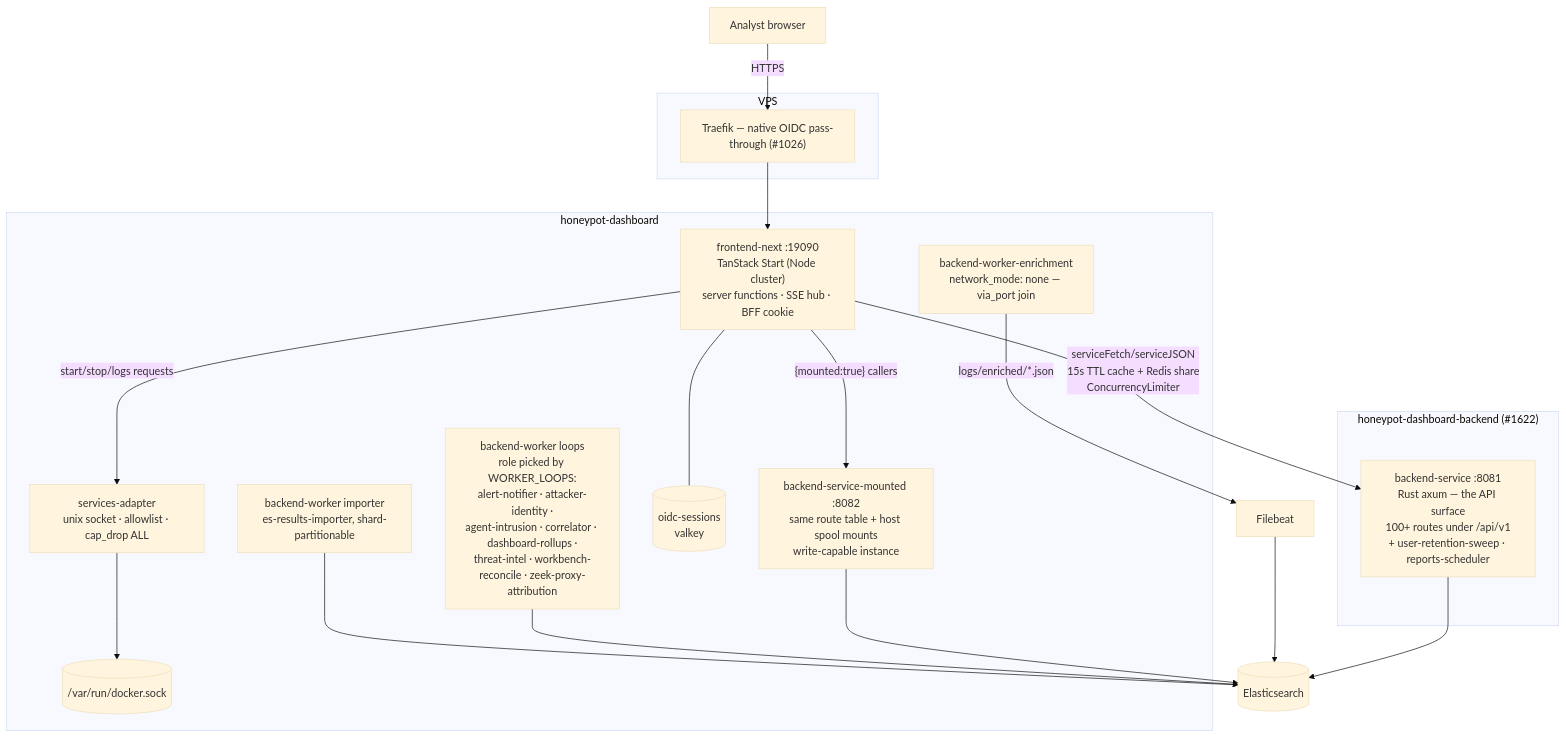
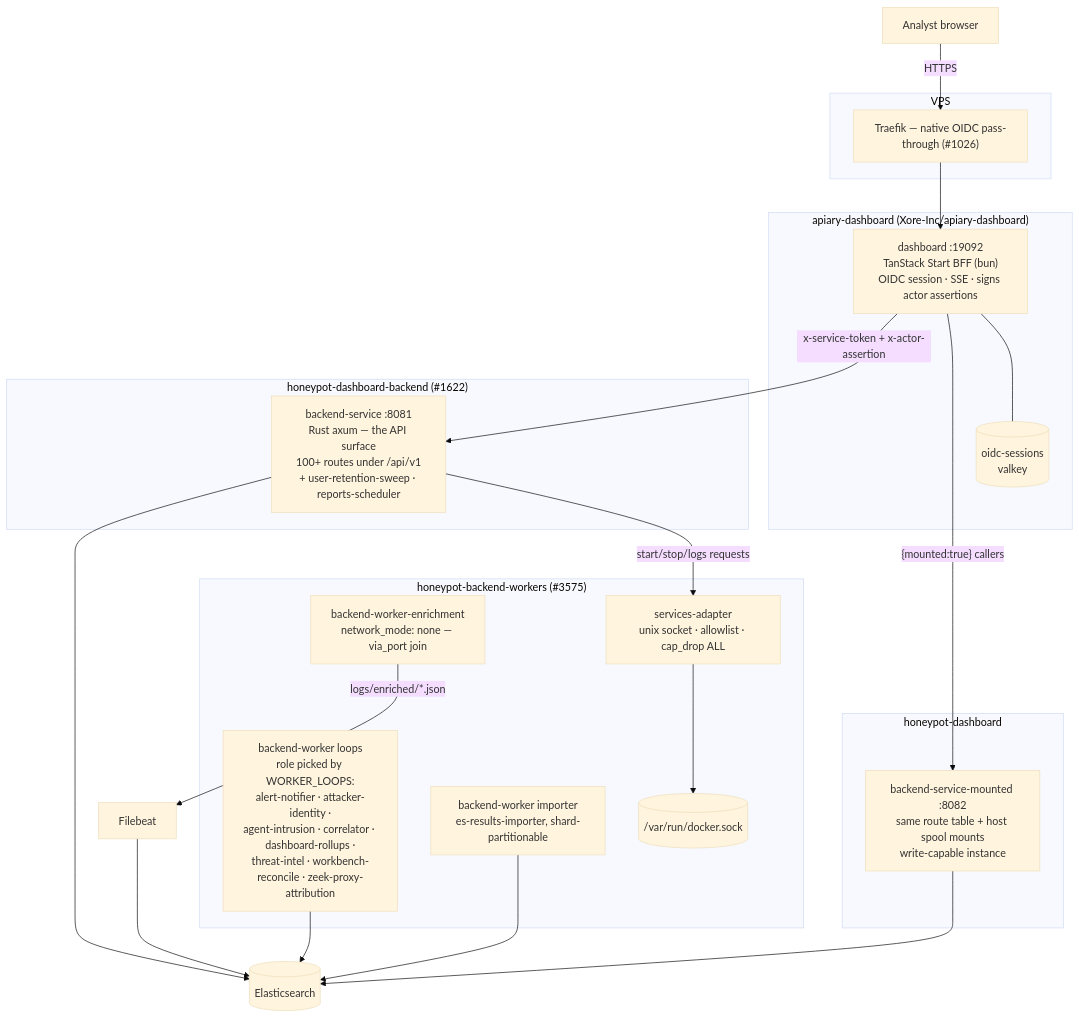
The fourth of 7 diagrams in docs/ARCHITECTURE.md (Xore-Inc/APIARY), drawn with Mermaid (base theme) before and after one commit. The commit also changed other lines of this file and 276 other files, not shown here.

First line of the commit message:
chore: remove the legacy frontend-next dashboard (#3749) (#3752)

````diff
--- a/docs/ARCHITECTURE.md
+++ b/docs/ARCHITECTURE.md
@@ -395,33 +396,39 @@
 ```mermaid
 flowchart TB
   analyst["Analyst browser"]
 
   subgraph vps2["VPS"]
     t["Traefik — native OIDC pass-through (#1026)"]
   end
 
+  subgraph dash["apiary-dashboard (Xore-Inc/apiary-dashboard)"]
+    fe["dashboard :19092<br/>TanStack Start BFF (bun)<br/>OIDC session · SSE · signs actor assertions"]
+    redis[("oidc-sessions<br/>valkey")]
+  end
+
   subgraph stack["honeypot-dashboard"]
-    fe["frontend-next :19090<br/>TanStack Start (Node cluster)<br/>server functions · SSE hub · BFF cookie"]
     bsm["backend-service-mounted :8082<br/>same route table + host spool mounts<br/>write-capable instance"]
+  end
+
+  subgraph workers["honeypot-backend-workers (#3575)"]
     loops["backend-worker loops<br/>role picked by WORKER_LOOPS:<br/>alert-notifier · attacker-identity ·<br/>agent-intrusion · correlator · dashboard-rollups ·<br/>threat-intel · workbench-reconcile · zeek-proxy-attribution"]
     imp["backend-worker importer<br/>es-results-importer, shard-partitionable"]
     enr["backend-worker-enrichment<br/>network_mode: none — via_port join"]
-    redis[("oidc-sessions<br/>valkey")]
     adapter["services-adapter<br/>unix socket · allowlist · cap_drop ALL"]
     sock[("/var/run/docker.sock")]
   end
 
   subgraph stackbe["honeypot-dashboard-backend (#1622)"]
     bs["backend-service :8081<br/>Rust axum — the API surface<br/>100+ routes under /api/v1<br/>+ user-retention-sweep · reports-scheduler"]
   end
 
   es[("Elasticsearch")]
 
   analyst -->|"HTTPS"| t --> fe
-  fe -->|"serviceFetch/serviceJSON<br/>15s TTL cache + Redis share<br/>ConcurrencyLimiter"| bs
+  fe -->|"x-service-token + x-actor-assertion"| bs
   fe -->|"{mounted:true} callers"| bsm
   fe --- redis
   bs & bsm & loops & imp --> es
   enr -->|"logs/enriched/*.json"| fb2["Filebeat"] --> es
-  fe -->|"start/stop/logs requests"| adapter --> sock
+  bs -->|"start/stop/logs requests"| adapter --> sock
 ```
````
